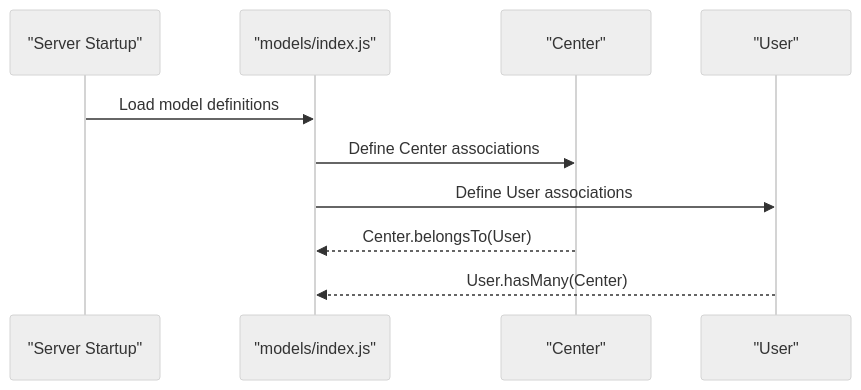
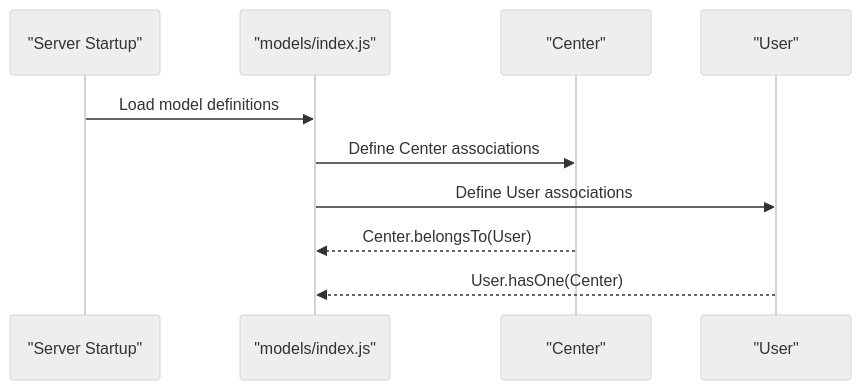
The third of 6 diagrams in .qoder/repowiki/en/content/Database Design/Center Model.md (Mreng78/khirocom_project), drawn with Mermaid (neutral theme) before and after one commit. The commit also changed other lines of this file and 13 other files, not shown here.

````diff
--- a/.qoder/repowiki/en/content/Database Design/Center Model.md
+++ b/.qoder/repowiki/en/content/Database Design/Center Model.md
@@ -181,12 +233,12 @@
 ```mermaid
 sequenceDiagram
 participant S as "Server Startup"
 participant M as "models/index.js"
 participant C as "Center"
 participant U as "User"
 S->>M : Load model definitions
 M->>C : Define Center associations
 M->>U : Define User associations
 C-->>M : Center.belongsTo(User)
-U-->>M : User.hasMany(Center)
+U-->>M : User.hasOne(Center)
 ```
````
